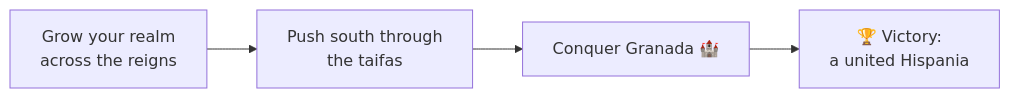
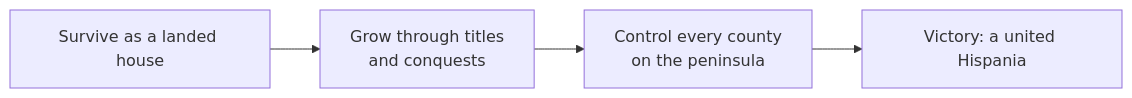
Before and after one commit to kroryan/Quartz-HispaniaBeta: the diagram in content/guide/Winning and Losing.md, drawn with Mermaid. The commit also changed other lines of this file and 35 other files, not shown here.

````diff
--- a/content/guide/Winning and Losing.md
+++ b/content/guide/Winning and Losing.md
@@ -18,6 +18,6 @@
 ```mermaid
 flowchart LR
-    A[Grow your realm<br/>across the reigns] --> B[Push south through<br/>the taifas]
-    B --> C[Conquer Granada 🏰]
-    C --> D[🏆 Victory:<br/>a united Hispania]
+    A[Survive as a landed house] --> B[Grow through titles<br/>and conquests]
+    B --> C[Control every county<br/>on the peninsula]
+    C --> D[Victory: a united Hispania]
 ```
````
